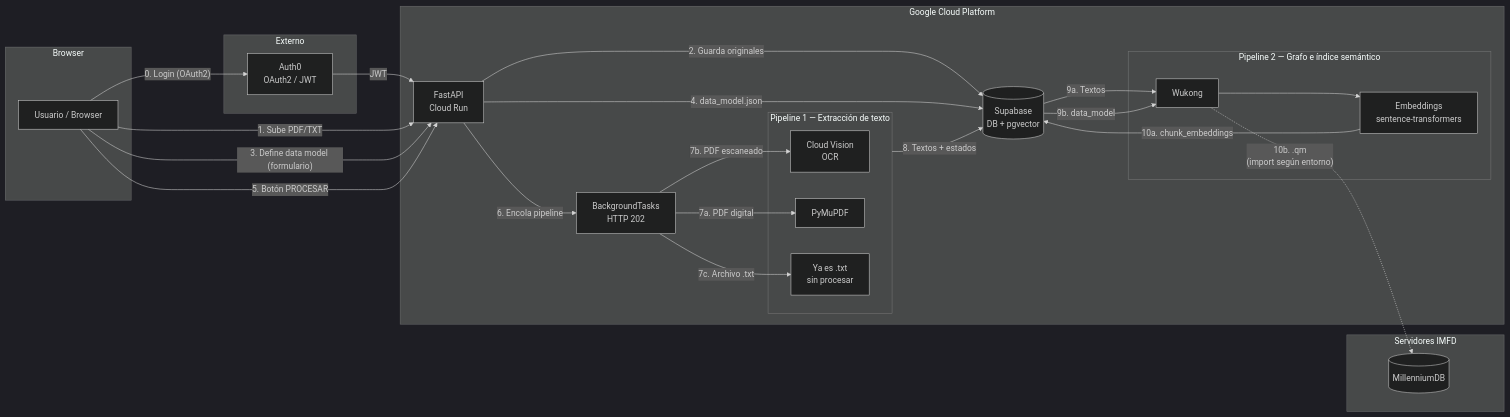
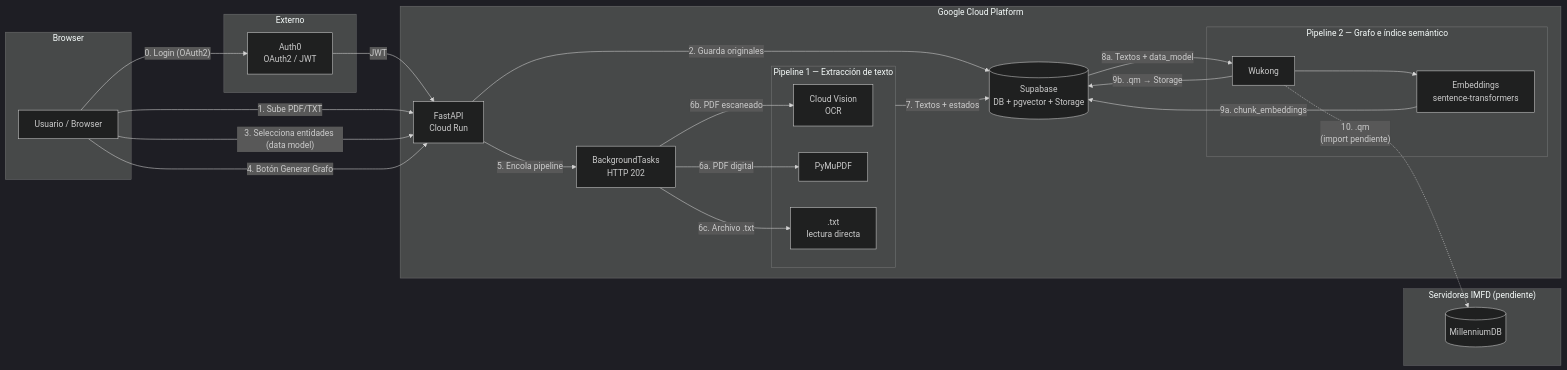
One commit to renaa-m/TallerDeIntegracion_G10 changed the first of 2 diagrams in README.md. Above: the diagram before and after it, drawn with Mermaid (dark theme). The commit also changed other lines of this file and 8 other files, not shown here.

````diff
--- a/README.md
+++ b/README.md
@@ -182,49 +217,48 @@
 ```mermaid
 graph LR
     subgraph Browser
         U[Usuario / Browser]
     end
 
     subgraph Auth0_ext ["Externo"]
         AUTH0[Auth0\nOAuth2 / JWT]
     end
 
     subgraph GCP ["Google Cloud Platform"]
         API[FastAPI\nCloud Run]
-        SUPA[(Supabase\nDB + pgvector)]
+        SUPA[(Supabase\nDB + pgvector + Storage)]
         BT[BackgroundTasks\nHTTP 202]
 
         subgraph Pipeline_1 ["Pipeline 1 — Extracción de texto"]
             VISION[Cloud Vision\nOCR]
             PYMUPDF[PyMuPDF]
-            TXT_PASS[Ya es .txt\nsin procesar]
+            TXT_PASS[.txt\nlectura directa]
         end
 
         subgraph Pipeline_2 ["Pipeline 2 — Grafo e índice semántico"]
             WK[Wukong]
             EMB[Embeddings\nsentence-transformers]
         end
     end
 
-    subgraph IMFD_servers ["Servidores IMFD"]
+    subgraph IMFD_servers ["Servidores IMFD (pendiente)"]
         MDB[(MillenniumDB)]
     end
 
     U -->|"0. Login (OAuth2)"| AUTH0
     AUTH0 -->|"JWT"| API
     U -->|"1. Sube PDF/TXT"| API
     API -->|"2. Guarda originales"| SUPA
-    U -->|"3. Define data model (formulario)"| API
-    API -->|"4. data_model.json\n"| SUPA
-    U -->|"5. Botón PROCESAR"| API
-    API -->|"6. Encola pipeline"| BT
-    BT -->|"7a. PDF digital"| PYMUPDF
-    BT -->|"7b. PDF escaneado"| VISION
-    BT -->|"7c. Archivo .txt"| TXT_PASS
-    Pipeline_1 -->|"8. Textos + estados"| SUPA
-    SUPA -->|"9a. Textos"| WK
-    SUPA -->|"9b. data_model"| WK
+    U -->|"3. Selecciona entidades (data model)"| API
+    U -->|"4. Botón Generar Grafo"| API
+    API -->|"5. Encola pipeline"| BT
+    BT -->|"6a. PDF digital"| PYMUPDF
+    BT -->|"6b. PDF escaneado"| VISION
+    BT -->|"6c. Archivo .txt"| TXT_PASS
+    Pipeline_1 -->|"7. Textos + estados"| SUPA
+    SUPA -->|"8a. Textos + data_model"| WK
     WK --> EMB
-    EMB -->|"10a. chunk_embeddings"| SUPA
-    WK -.->|"10b. .qm\n(import según entorno)"| MDB
+    EMB -->|"9a. chunk_embeddings"| SUPA
+    WK -->|"9b. .qm → Storage"| SUPA
+    WK -.->|"10. .qm\n(import pendiente)"| MDB
 ```
````
